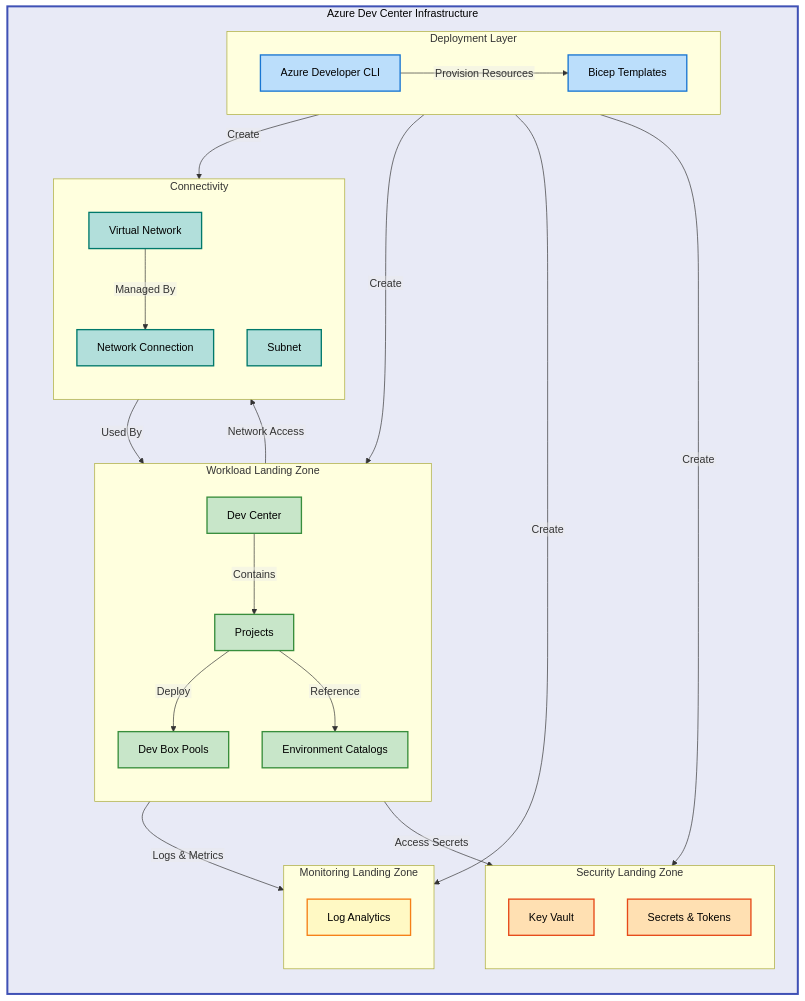
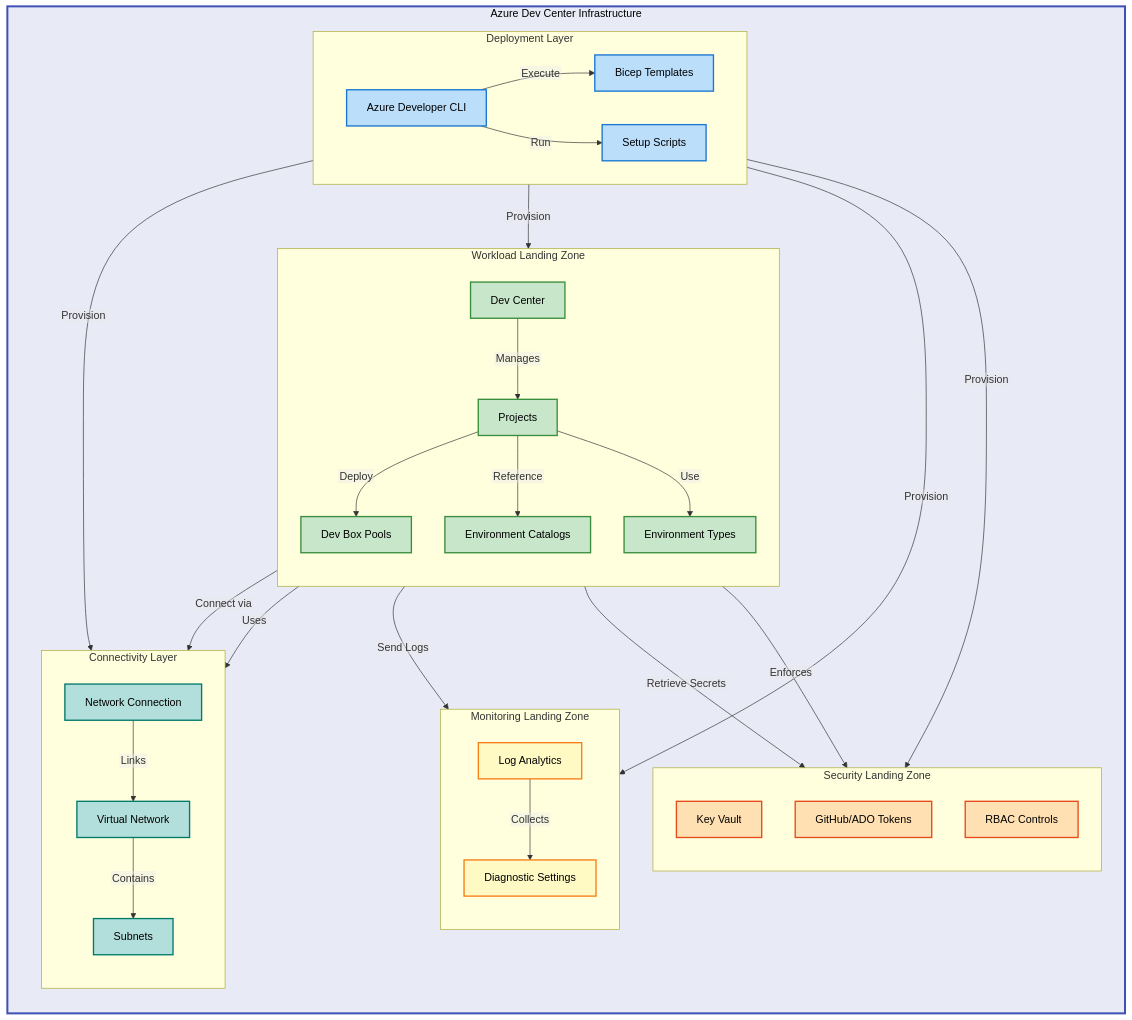
The diagram in README.md (Evilazaro/DevExp-DevBox), drawn with Mermaid before and after one commit. The commit also changed other lines of this file, not shown here.

Commit message:
Enhance README.md with detailed features, installation instructions, and architecture overview for Azure Dev Center Infrastructure

````diff
--- a/README.md
+++ b/README.md
@@ -92,72 +117,81 @@
 ```mermaid
 %%{init: {"flowchart": {"htmlLabels": false}} }%%
 flowchart TB
     %% ============================================
-    %% Azure Dev Center Infrastructure Architecture
-    %% Purpose: Infrastructure-as-Code deployment for Azure Dev Box
-    %% Assumptions: Bicep templates, Azure subscriptions pre-configured
+    %% Azure Dev Center Infrastructure
+    %% Purpose: Enterprise-ready Infrastructure-as-Code for Dev Box
+    %% Assumptions: Azure subscription, Bicep deployment, RBAC configured
     %% Last Updated: 2026-02-03
     %% ============================================
     %% STANDARD COLOR SCHEME - MANDATORY
     %% ============================================
     classDef mainGroup fill:#E8EAF6,stroke:#3F51B5,stroke-width:3px,color:#000
     classDef mdBlue fill:#BBDEFB,stroke:#1976D2,stroke-width:2px,color:#000
     classDef mdGreen fill:#C8E6C9,stroke:#388E3C,stroke-width:2px,color:#000
     classDef mdOrange fill:#FFE0B2,stroke:#E64A19,stroke-width:2px,color:#000
     classDef mdTeal fill:#B2DFDB,stroke:#00796B,stroke-width:2px,color:#000
     classDef mdYellow fill:#FFF9C4,stroke:#F57F17,stroke-width:2px,color:#000
     %% ============================================
 
     subgraph system["Azure Dev Center Infrastructure"]
         direction TB
 
         subgraph deployment["Deployment Layer"]
             direction LR
             azd["Azure Developer CLI"]:::mdBlue
             bicep["Bicep Templates"]:::mdBlue
+            scripts["Setup Scripts"]:::mdBlue
         end
 
         subgraph security["Security Landing Zone"]
             direction TB
             kv["Key Vault"]:::mdOrange
-            secrets["Secrets & Tokens"]:::mdOrange
+            secrets["GitHub/ADO Tokens"]:::mdOrange
+            rbac["RBAC Controls"]:::mdOrange
         end
 
         subgraph monitoring["Monitoring Landing Zone"]
             direction TB
             logs["Log Analytics"]:::mdYellow
+            diagnostics["Diagnostic Settings"]:::mdYellow
         end
 
         subgraph workload["Workload Landing Zone"]
             direction TB
             dc["Dev Center"]:::mdGreen
             projects["Projects"]:::mdGreen
             pools["Dev Box Pools"]:::mdGreen
             catalogs["Environment Catalogs"]:::mdGreen
+            envTypes["Environment Types"]:::mdGreen
         end
 
-        subgraph connectivity["Connectivity"]
+        subgraph connectivity["Connectivity Layer"]
             direction TB
             vnet["Virtual Network"]:::mdTeal
-            subnet["Subnet"]:::mdTeal
-            connection["Network Connection"]:::mdTeal
+            subnet["Subnets"]:::mdTeal
+            nc["Network Connection"]:::mdTeal
         end
 
-        azd -->|"Provision Resources"| bicep
-        bicep -->|"Create"| security
-        bicep -->|"Create"| monitoring
-        bicep -->|"Create"| workload
-        bicep -->|"Create"| connectivity
+        azd -->|"Execute"| bicep
+        azd -->|"Run"| scripts
+        bicep -->|"Provision"| security
+        bicep -->|"Provision"| monitoring
+        bicep -->|"Provision"| workload
+        bicep -->|"Provision"| connectivity
 
-        dc -->|"Access Secrets"| kv
-        dc -->|"Logs & Metrics"| logs
-        dc -->|"Contains"| projects
+        dc -->|"Retrieve Secrets"| kv
+        dc -->|"Send Logs"| logs
+        dc -->|"Manages"| projects
+        dc -->|"Enforces"| rbac
         projects -->|"Deploy"| pools
         projects -->|"Reference"| catalogs
-        pools -->|"Network Access"| vnet
-        vnet -->|"Managed By"| connection
-        connection -->|"Used By"| dc
+        projects -->|"Use"| envTypes
+        pools -->|"Connect via"| vnet
+        vnet -->|"Contains"| subnet
+        nc -->|"Links"| vnet
+        dc -->|"Uses"| nc
+        logs -->|"Collects"| diagnostics
     end
 
     class system mainGroup
 ```
````
